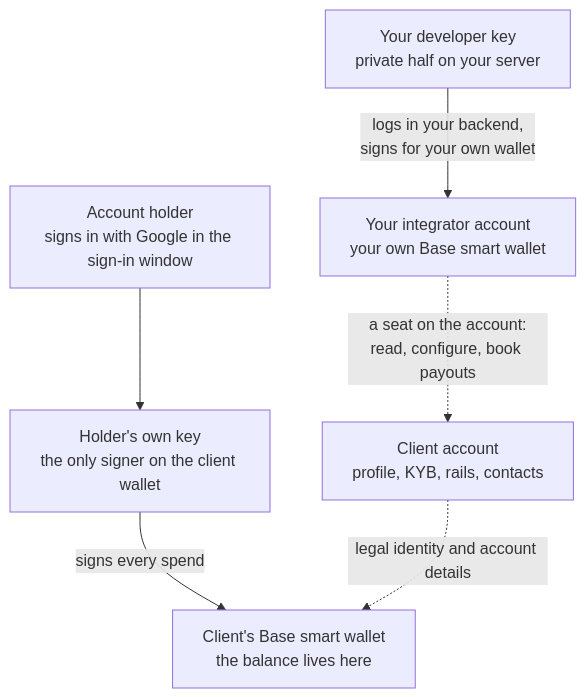
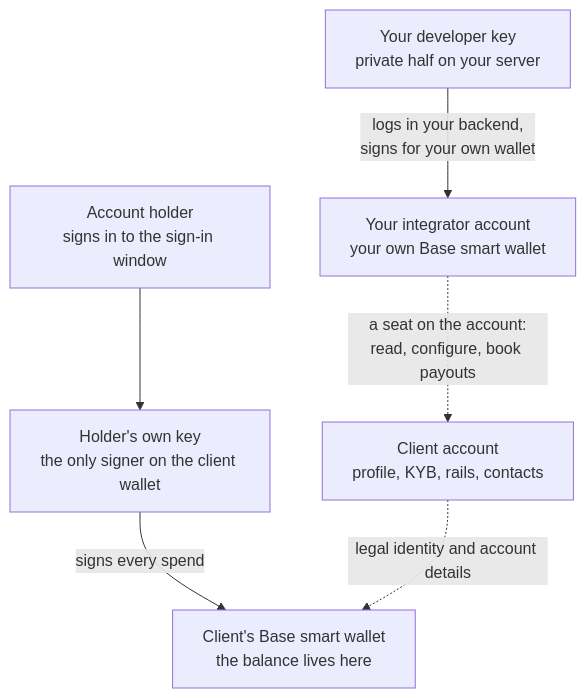
The diagram in whitelabel/accounts-and-control.mdx (hevn-inc/docs), drawn with Mermaid before and after one commit. The commit also changed other lines of this file and 19 other files, not shown here.

````diff
--- a/whitelabel/accounts-and-control.mdx
+++ b/whitelabel/accounts-and-control.mdx
@@ -8,14 +8,14 @@
 ```mermaid
 flowchart TB
     DK["Your developer key<br/>private half on your server"]
     IA["Your integrator account<br/>your own Base smart wallet"]
-    H["Account holder<br/>signs in with Google in the sign-in window"]
+    H["Account holder<br/>signs in to the sign-in window"]
     HK["Holder's own key<br/>the only signer on the client wallet"]
     CA["Client account<br/>profile, KYB, rails, contacts"]
     W["Client's Base smart wallet<br/>the balance lives here"]
     DK -->|"logs in your backend,<br/>signs for your own wallet"| IA
     IA -.->|"a seat on the account:<br/>read, configure, book payouts"| CA
     H --> HK
     HK -->|"signs every spend"| W
     CA -.->|"legal identity and account details"| W
 ```
````
